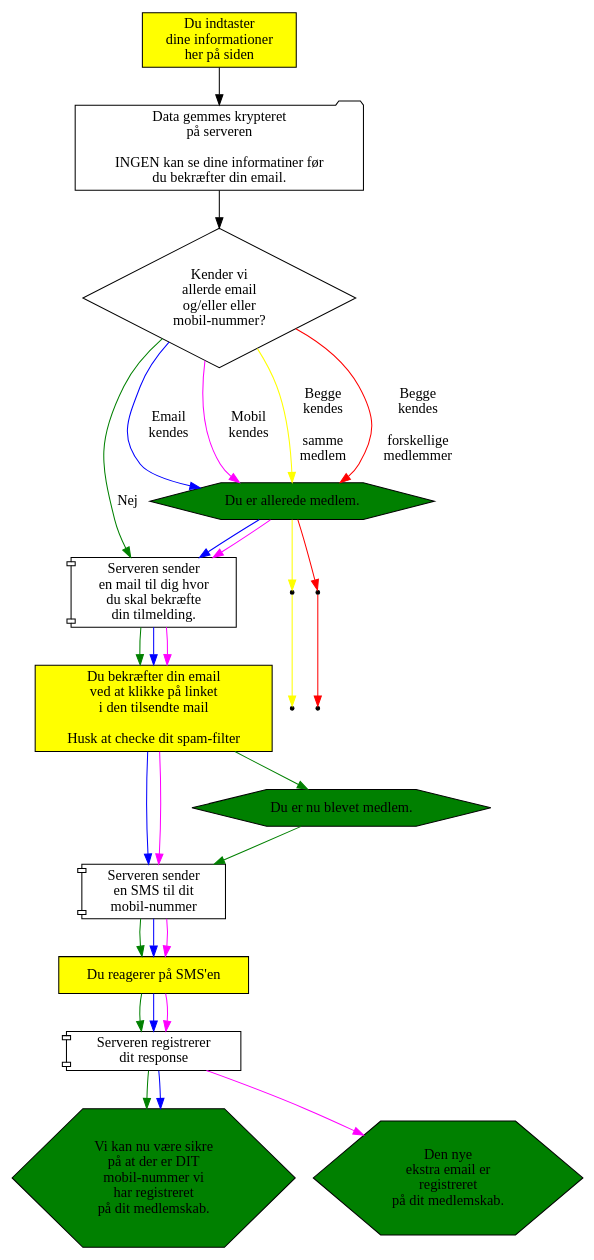
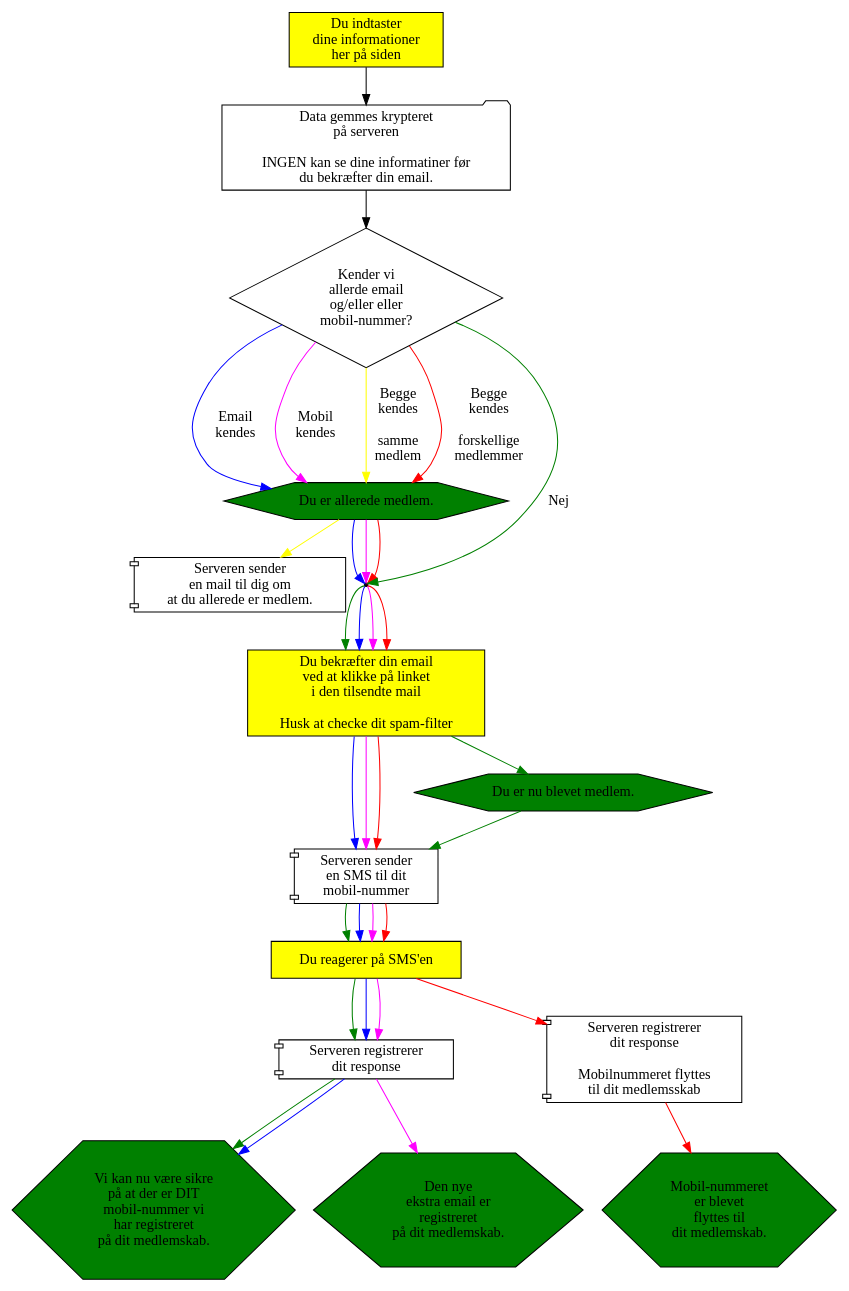
Before and after one commit to alslug/alslug.dk: the diagram in medlemskab/indmeldelse.dot, drawn with Graphviz.

```diff
--- a/medlemskab/indmeldelse.dot
+++ b/medlemskab/indmeldelse.dot
@@ -1,55 +1,57 @@
 digraph indmeldelse {
   { # Dine handlinger
     node [ shape=box style=filled fillcolor=yellow ];
     indtast         [label="Du indtaster\ndine informationer\nher på siden"];
     confirm_email   [label="Du bekræfter din email\nved at klikke på linket\ni den tilsendte mail\n\nHusk at checke dit spam-filter"];
     confirm_sms     [label="Du reagerer på SMS'en"];
   }
   send_tilmelding        [shape=folder label="Data gemmes krypteret \n på serveren \n \n INGEN kan se dine informatiner før \n du bekræfter din email."];
   { # Server-aktiviteter
     node [shape=component];
-    server_sender_email [label="Serveren sender \n en mail til dig hvor \n du skal bekræfte \n din tilmelding."];
-    server_sender_sms   [label="Serveren sender \n en SMS til dit \n mobil-nummer"];
-    sms_confirmed       [label="Serveren registrerer \n dit response"];
+    server_sender_allerede_medlem [label="Serveren sender \n en mail til dig om \n at du allerede er medlem."];
+    server_sender_sms             [label="Serveren sender \n en SMS til dit \n mobil-nummer"];
+    sms_confirmed                 [label="Serveren registrerer \n dit response"];
+    sms_move_confirmed            [label="Serveren registrerer \n dit response \n\n Mobilnummeret flyttes \n til dit medlemsskab"];
   }
   { # Results
     node [shape=hexagon   style=filled fillcolor=green ];
     du_biver_medlem        [label="Du er nu blevet medlem."];
     allerede_medlem        [label="Du er allerede medlem."];
     mobile_ok              [label="Vi kan nu være sikre \n på at der er DIT \n mobil-nummer vi \n har registreret \n på dit medlemskab."]; 
     email_added            [label="Den nye \n ekstra email er \n registreret \n på dit medlemskab." ];
-  }
+    mobile_moved           [label="Mobil-nummeret \n er blevet \n flyttes til \n dit medlemskab." ];
+}
   { # Valg
     node [shape=diamond];
     findes_allerede        [label="Kender vi \n allerde email \n og/eller eller \n mobil-nummer?"];
   }
 
   node [shape=point];
 
   indtast -> send_tilmelding -> findes_allerede;
   {
     edge [color=green];
                       findes_allerede ->                    server_sender_email [label="Nej"];
                                                             server_sender_email -> confirm_email -> du_biver_medlem -> server_sender_sms -> confirm_sms -> sms_confirmed  -> mobile_ok;
   }
   {
     edge [color=blue];
                       findes_allerede -> allerede_medlem                        [label="Email \n kendes"];
                                          allerede_medlem -> server_sender_email -> confirm_email ->                    server_sender_sms -> confirm_sms -> sms_confirmed -> mobile_ok;
   }
   {
     edge [color=magenta];
                       findes_allerede -> allerede_medlem                        [label="Mobil \n kendes"];
                                          allerede_medlem -> server_sender_email -> confirm_email ->                    server_sender_sms -> confirm_sms -> sms_confirmed -> email_added;
   }
   {
     edge [color=yellow];
                       findes_allerede -> allerede_medlem                        [label="Begge \n kendes \n\n samme \n medlem"];
-                                         allerede_medlem -> samme_member        -> already_member_email;
+                                         allerede_medlem -> server_sender_allerede_medlem;
   }
   {
     edge [color=red];
                       findes_allerede -> allerede_medlem                        [label="Begge \n kendes \n\n forskellige \n medlemmer"];
-                                         allerede_medlem -> different_members   -> diffierent_members_email;
+                                         allerede_medlem -> server_sender_email -> confirm_email ->                    server_sender_sms -> confirm_sms -> sms_move_confirmed -> mobile_moved;
   }
 }
```
